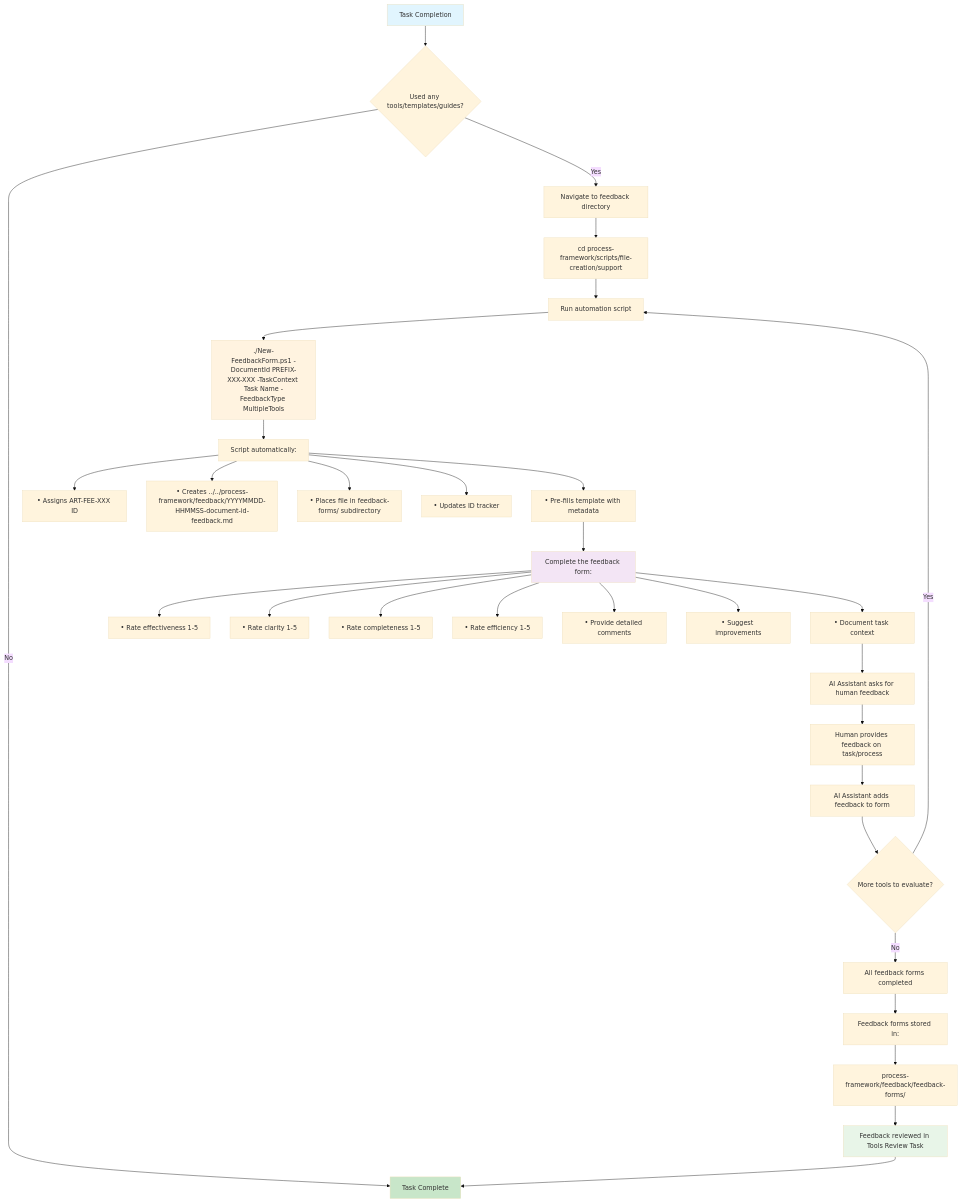
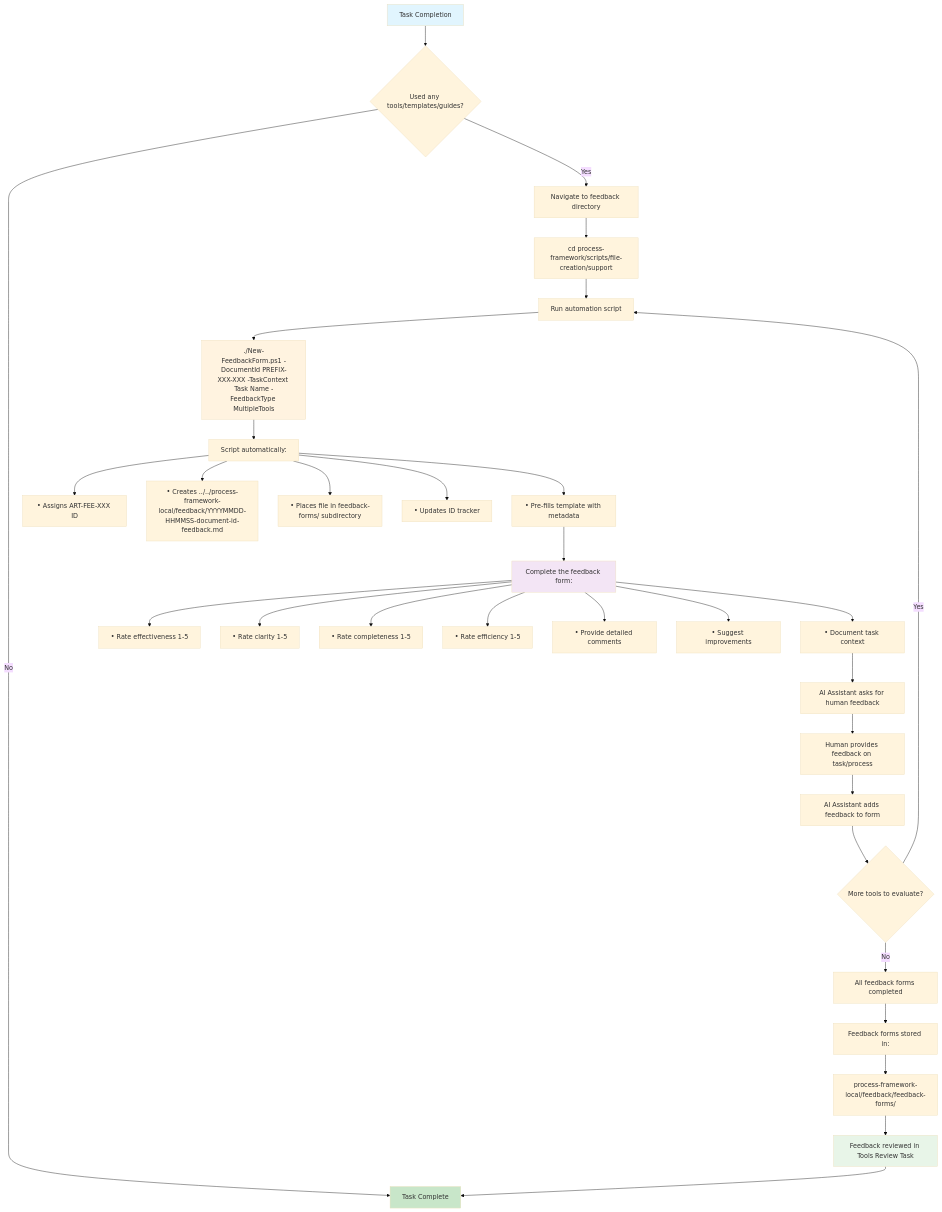
The diagram in process-framework/visualization/process-flows/feedback-process-flowchart.md (Abtomation/LinkWatcher), drawn with Mermaid (base theme) before and after one commit. The commit also changed other lines of this file and 1342 other files, not shown here.

````diff
--- a/process-framework/visualization/process-flows/feedback-process-flowchart.md
+++ b/process-framework/visualization/process-flows/feedback-process-flowchart.md
@@ -17,45 +17,45 @@
 ```mermaid
 flowchart TD
     A[Task Completion] --> B{Used any tools/templates/guides?}
     B -->|No| Z[Task Complete]
     B -->|Yes| C[Navigate to feedback directory]
 
     C --> D[cd process-framework/scripts/file-creation/support]
     D --> E[Run automation script]
     E --> F[./New-FeedbackForm.ps1 -DocumentId PREFIX-XXX-XXX -TaskContext Task Name -FeedbackType MultipleTools]
 
     F --> G[Script automatically:]
     G --> H[• Assigns ART-FEE-XXX ID]
-    G --> I[• Creates ../../process-framework/feedback/YYYYMMDD-HHMMSS-document-id-feedback.md]
+    G --> I[• Creates ../../process-framework-local/feedback/YYYYMMDD-HHMMSS-document-id-feedback.md]
     G --> J[• Places file in feedback-forms/ subdirectory]
     G --> K[• Updates ID tracker]
     G --> L[• Pre-fills template with metadata]
 
     L --> M[Complete the feedback form:]
     M --> N[• Rate effectiveness 1-5]
     M --> O[• Rate clarity 1-5]
     M --> P[• Rate completeness 1-5]
     M --> Q[• Rate efficiency 1-5]
     M --> R[• Provide detailed comments]
     M --> S[• Suggest improvements]
     M --> T[• Document task context]
 
     T --> T1[AI Assistant asks for human feedback]
     T1 --> T2[Human provides feedback on task/process]
     T2 --> T3[AI Assistant adds feedback to form]
 
     T3 --> U{More tools to evaluate?}
     U -->|Yes| E
     U -->|No| V[All feedback forms completed]
 
     V --> W[Feedback forms stored in:]
-    W --> X[process-framework/feedback/feedback-forms/]
+    W --> X[process-framework-local/feedback/feedback-forms/]
     X --> Y[Feedback reviewed in Tools Review Task]
     Y --> Z[Task Complete]
 
     style A fill:#e1f5fe
     style Z fill:#c8e6c9
     style F fill:#fff3e0
     style M fill:#f3e5f5
     style Y fill:#e8f5e8
 ```
````
